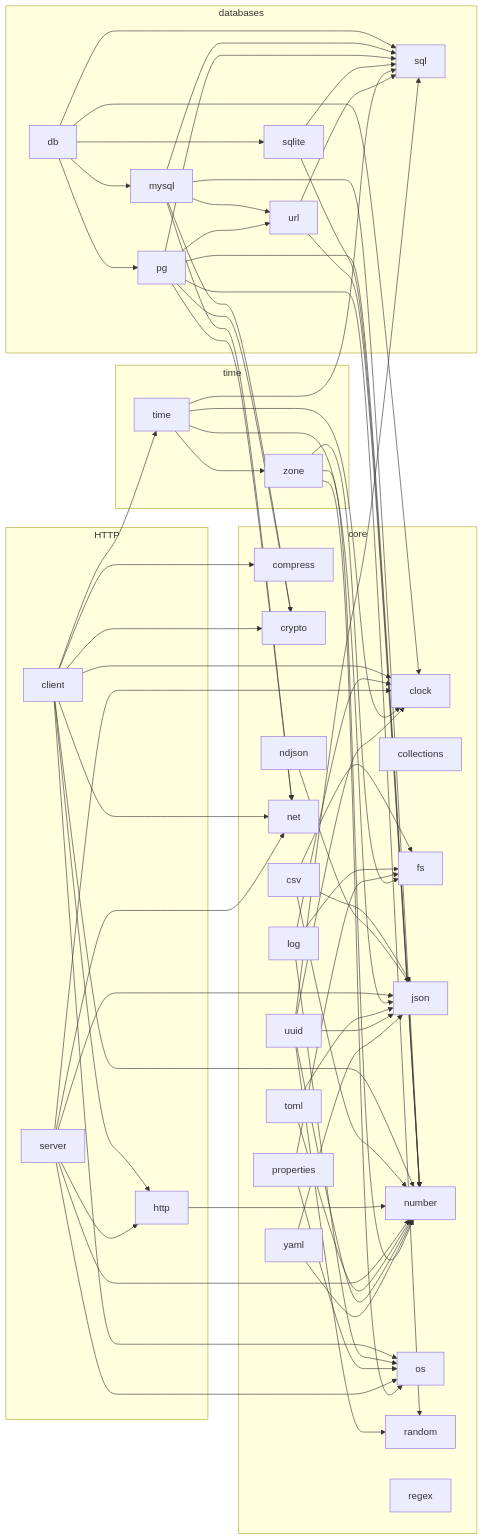
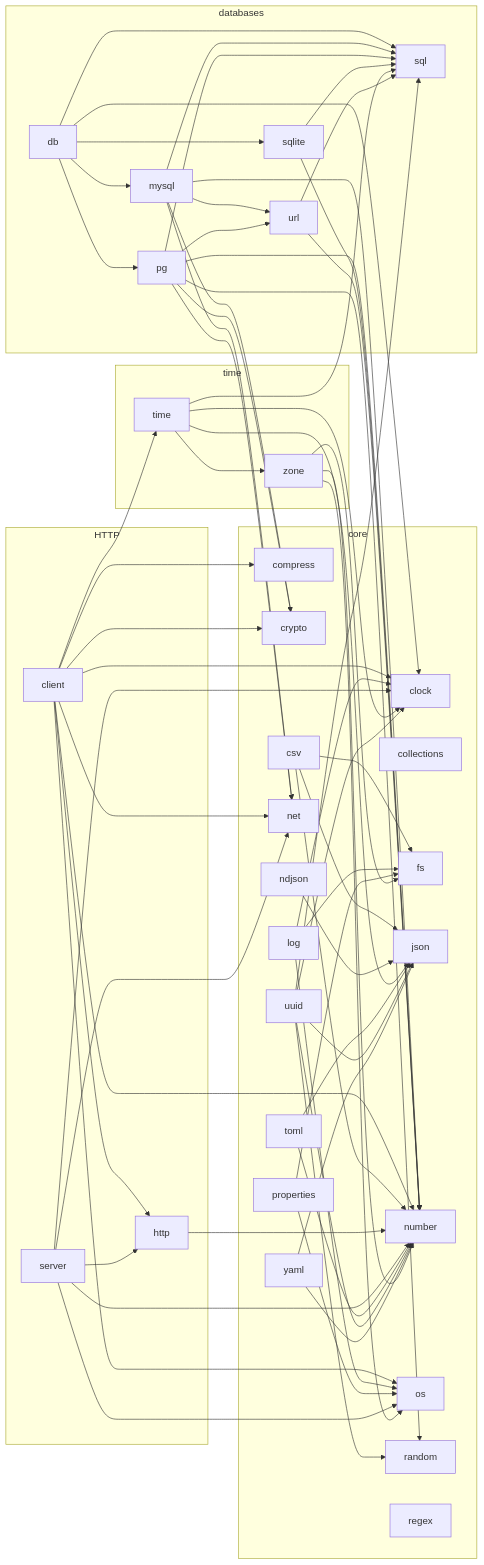
The diagram in docs/lib/dependencies.md (vasnatech/ziman), drawn with Mermaid before and after one commit. The commit also changed other lines of this file and 1 other file, not shown here.

Commit message:
server: build its own error JSON instead of using json (one dependency fewer)

```diff
--- a/docs/lib/dependencies.md
+++ b/docs/lib/dependencies.md
@@ -80,7 +80,6 @@
     properties --> os
     server --> clock
     server --> http
-    server --> json
     server --> net
     server --> number
     server --> os
```
